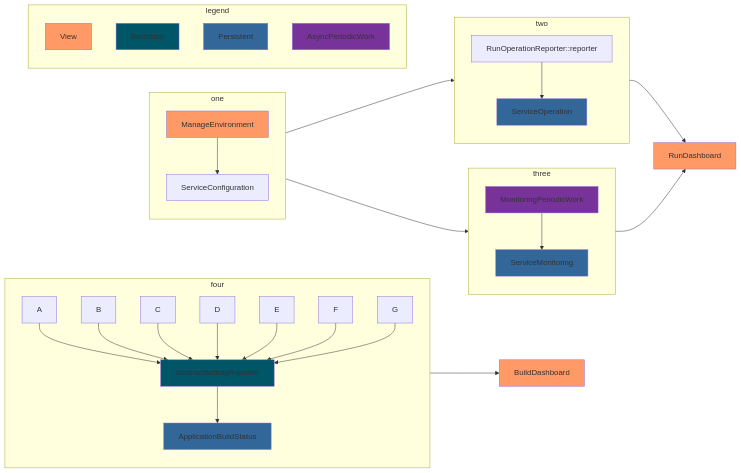
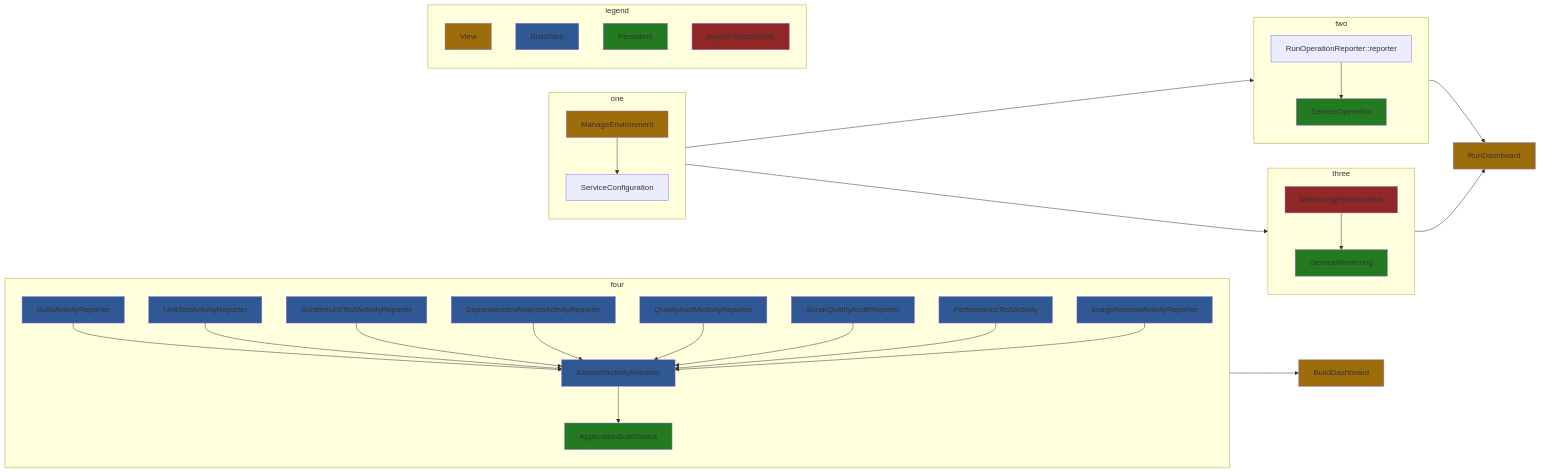
One commit to jenkinsci/devops-portal-plugin changed the diagram in README.md. Above: the diagram before and after it, drawn with Mermaid.

````diff
--- a/README.md
+++ b/README.md
@@ -412,43 +412,44 @@
 ```mermaid
 flowchart LR
     subgraph one
     ManageEnvironment:::view --> ServiceConfiguration
     end
     
     subgraph two
     RunOperationReporter::reporter --> ServiceOperation:::entity
     end
     
     subgraph three
     MonitoringPeriodicWork:::worker --> ServiceMonitoring:::entity
     end
     
     subgraph four
-    A --> AbstractActivityReporter:::reporter
-    B --> AbstractActivityReporter:::reporter
-    C --> AbstractActivityReporter:::reporter
-    D --> AbstractActivityReporter:::reporter
-    E --> AbstractActivityReporter:::reporter
-    F --> AbstractActivityReporter:::reporter
-    G --> AbstractActivityReporter:::reporter
+    BuildActivityReporter:::reporter --> AbstractActivityReporter:::reporter
+    UnitTestActivityReporter:::reporter --> AbstractActivityReporter:::reporter
+    SurefireUnitTestActivityReporter:::reporter --> AbstractActivityReporter:::reporter
+    DependenciesAnalysisActivityReporter:::reporter --> AbstractActivityReporter:::reporter
+    QualityAuditActivityReporter:::reporter --> AbstractActivityReporter:::reporter
+    SonarQualityAuditReporter:::reporter --> AbstractActivityReporter:::reporter
+    PerformanceTestActivity:::reporter --> AbstractActivityReporter:::reporter
+    ImageReleaseActivityReporter:::reporter --> AbstractActivityReporter:::reporter
     AbstractActivityReporter:::reporter --> ApplicationBuildStatus:::entity
     end
     
     subgraph legend
     View:::view
     BuildStep:::reporter
     Persistent:::entity
     AsyncPeriodicWork:::worker
     end
     
     one --> two
     one --> three
     two --> RunDashboard:::view
     three --> RunDashboard:::view
     four --> BuildDashboard:::view
     
-    classDef view fill:#f96
-    classDef reporter fill:#056
-    classDef entity fill:#369
-    classDef worker fill:#739
+    classDef view fill:#9e6d0b
+    classDef reporter fill:#2f5894
+    classDef entity fill:#247a20
+    classDef worker fill:#8f2727
 ```
````
